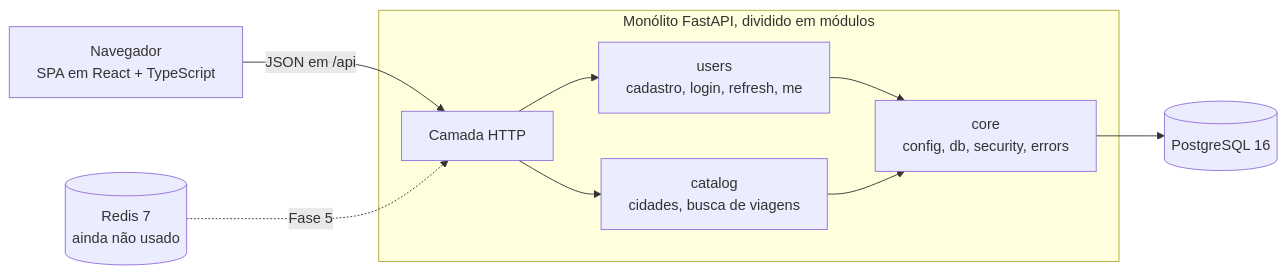
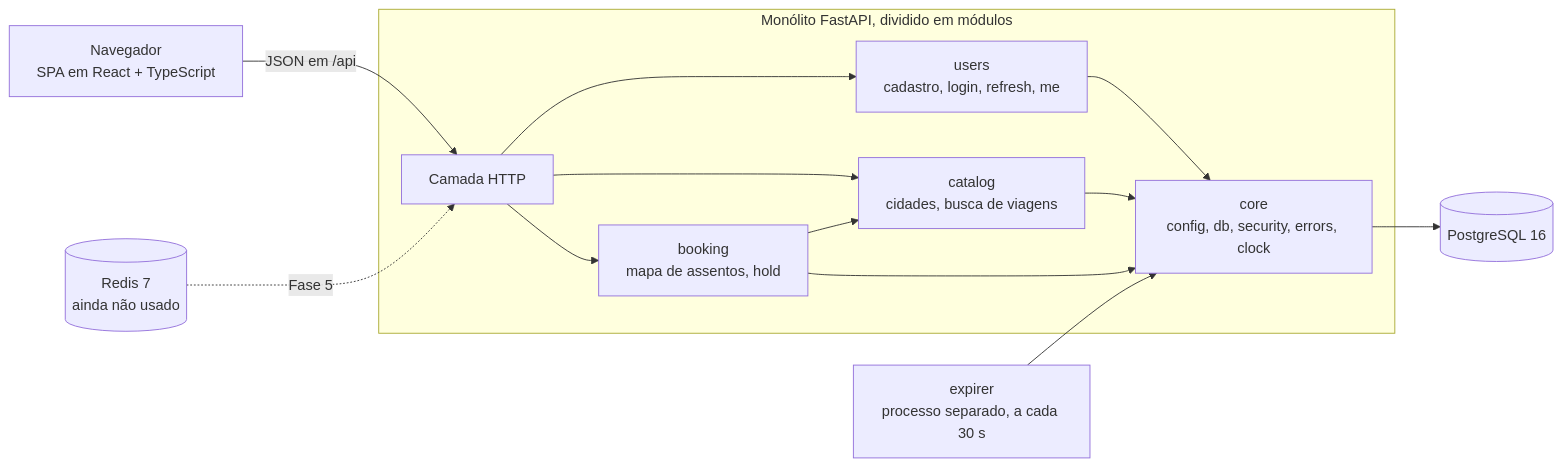
Before and after one commit to Prabovn7/bus-ticket-api: the diagram in README.pt-BR.md, drawn with Mermaid. The commit also changed other lines of this file, not shown here.

````diff
--- a/README.pt-BR.md
+++ b/README.pt-BR.md
@@ -36,14 +38,18 @@
 ```mermaid
 flowchart LR
     B["Navegador<br/>SPA em React + TypeScript"] -->|"JSON em /api"| A
 
     subgraph M["Monólito FastAPI, dividido em módulos"]
         A["Camada HTTP"] --> U["users<br/>cadastro, login, refresh, me"]
         A --> C["catalog<br/>cidades, busca de viagens"]
-        U --> K["core<br/>config, db, security, errors"]
+        A --> BK["booking<br/>mapa de assentos, hold"]
+        BK --> C
+        U --> K["core<br/>config, db, security, errors, clock"]
         C --> K
+        BK --> K
     end
 
+    X["expirer<br/>processo separado, a cada 30 s"] --> K
     K --> P[("PostgreSQL 16")]
     R[("Redis 7<br/>ainda não usado")] -.->|"Fase 5"| A
 ```
````
